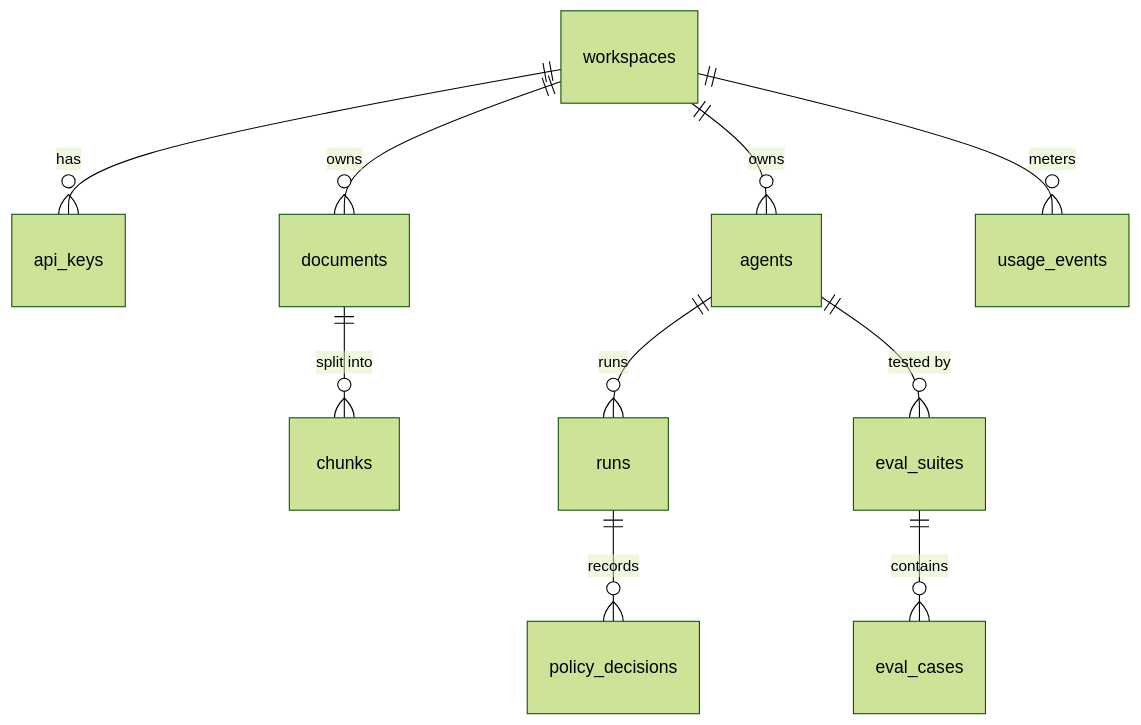
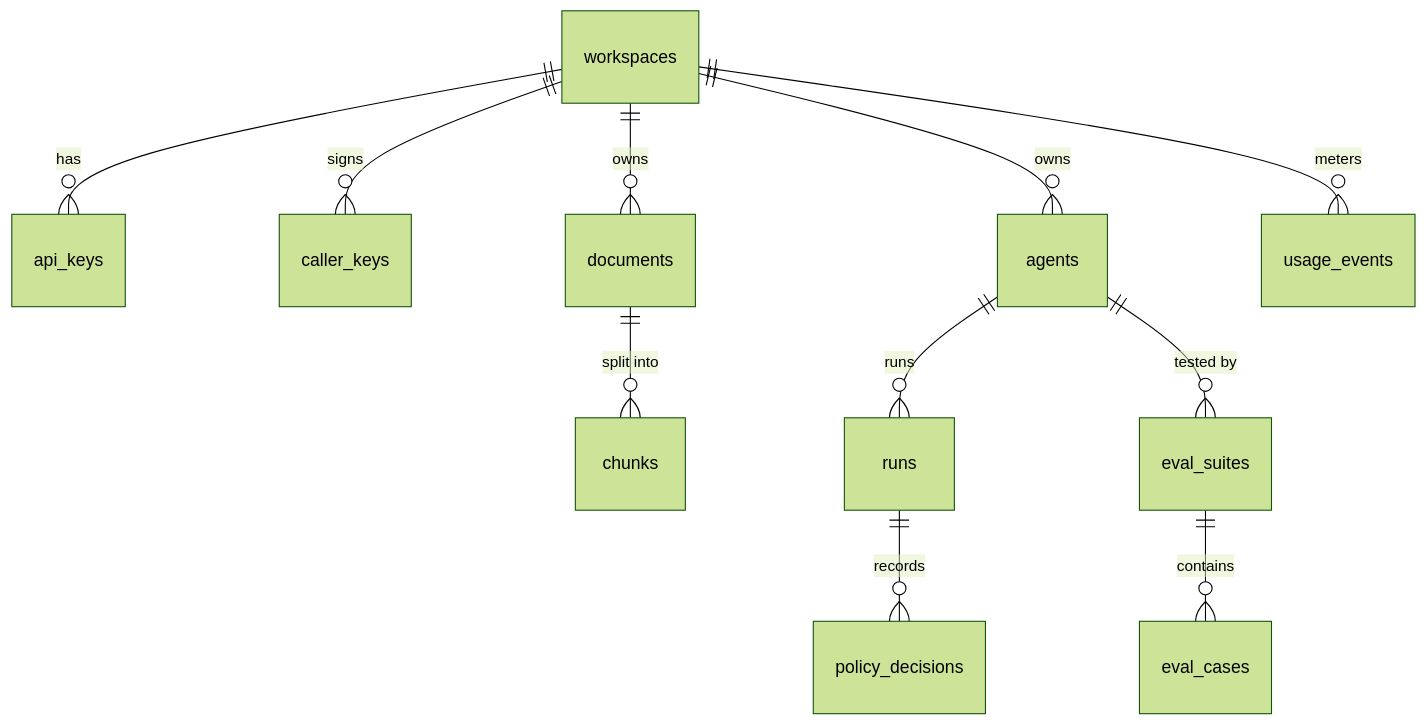
Diagram 11 of 11 in docs/INTERNALS.md (X0R-labs/core), drawn with Mermaid (forest theme) before and after one commit. The commit also changed other lines of this file and 15 other files, not shown here.

````diff
--- a/docs/INTERNALS.md
+++ b/docs/INTERNALS.md
@@ -622,12 +630,13 @@
 ```mermaid
 erDiagram
   workspaces ||--o{ api_keys : has
+  workspaces ||--o{ caller_keys : signs
   workspaces ||--o{ documents : owns
   documents ||--o{ chunks : "split into"
   workspaces ||--o{ agents : owns
   agents ||--o{ runs : runs
   runs ||--o{ policy_decisions : records
   workspaces ||--o{ usage_events : meters
   agents ||--o{ eval_suites : "tested by"
   eval_suites ||--o{ eval_cases : contains
 ```
````
